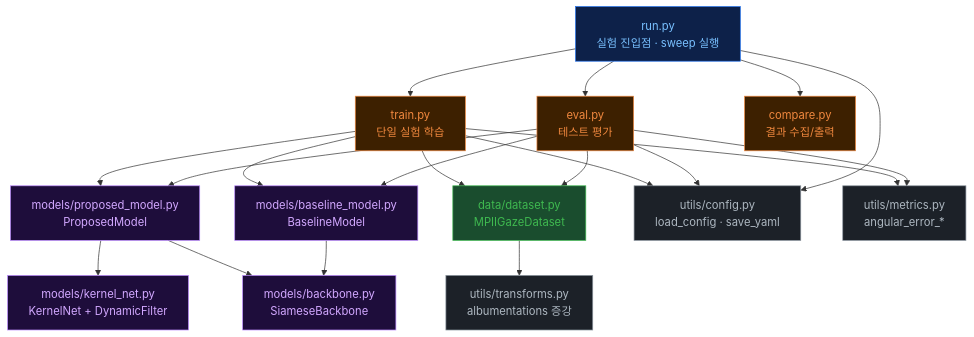
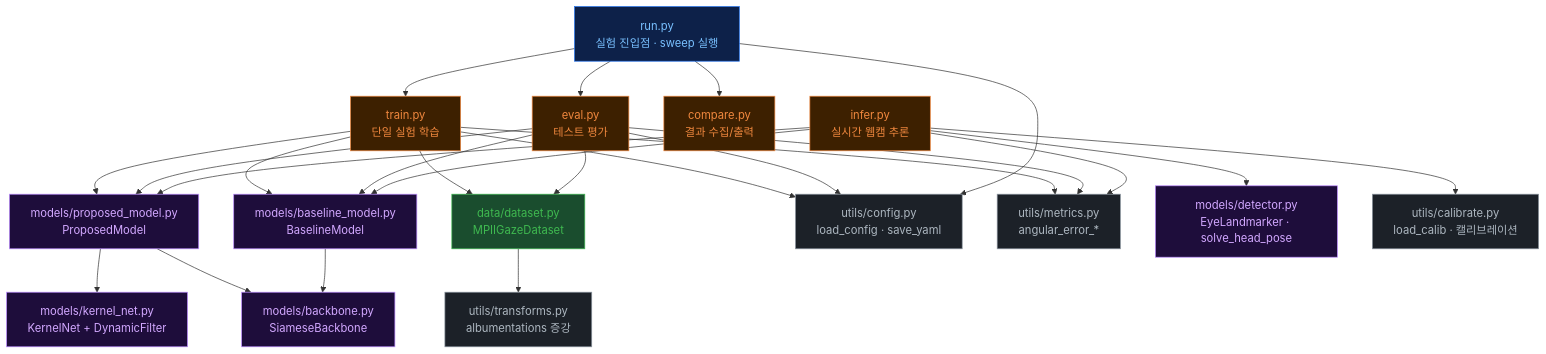
Before and after one commit to ehdgml9814/eyetracker: the third of 8 diagrams in docs/eyetracker_reference.md, drawn with Mermaid. The commit also changed other lines of this file, not shown here.

````diff
--- a/docs/eyetracker_reference.md
+++ b/docs/eyetracker_reference.md
@@ -61,33 +61,40 @@
 ```mermaid
 graph TD
     RUN["run.py\n실험 진입점 · sweep 실행"]:::ctrl
     RUN --> TRAIN["train.py\n단일 실험 학습"]:::pipe
     RUN --> EVAL["eval.py\n테스트 평가"]:::pipe
     RUN --> CMP["compare.py\n결과 수집/출력"]:::pipe
 
     TRAIN --> PM["models/proposed_model.py\nProposedModel"]:::model
     TRAIN --> BM["models/baseline_model.py\nBaselineModel"]:::model
     EVAL  --> PM
     EVAL  --> BM
 
     PM --> KN["models/kernel_net.py\nKernelNet + DynamicFilter"]:::model
     PM --> BB["models/backbone.py\nSiameseBackbone"]:::model
     BM --> BB
 
     TRAIN --> DS["data/dataset.py\nMPIIGazeDataset"]:::data
     EVAL  --> DS
     DS --> TR["utils/transforms.py\nalbumentations 증강"]:::util
 
     TRAIN --> CFG["utils/config.py\nload_config · save_yaml"]:::util
     EVAL  --> CFG
     RUN   --> CFG
 
     TRAIN --> MET["utils/metrics.py\nangular_error_*"]:::util
     EVAL  --> MET
 
+    INFER["infer.py\n실시간 웹캠 추론"]:::pipe
+    INFER --> PM
+    INFER --> BM
+    INFER --> DET["models/detector.py\nEyeLandmarker · solve_head_pose"]:::model
+    INFER --> CAL["utils/calibrate.py\nload_calib · 캘리브레이션"]:::util
+    INFER --> MET
+
     classDef ctrl  fill:#0d2149,stroke:#1f6feb,color:#79c0ff
     classDef pipe  fill:#3d2000,stroke:#f0883e,color:#f0883e
     classDef model fill:#1e0d3b,stroke:#bc8cff,color:#d2a8ff
     classDef data  fill:#1a4d2e,stroke:#3fb950,color:#3fb950
     classDef util  fill:#1c2128,stroke:#8b949e,color:#adb7c0
 ```
````
